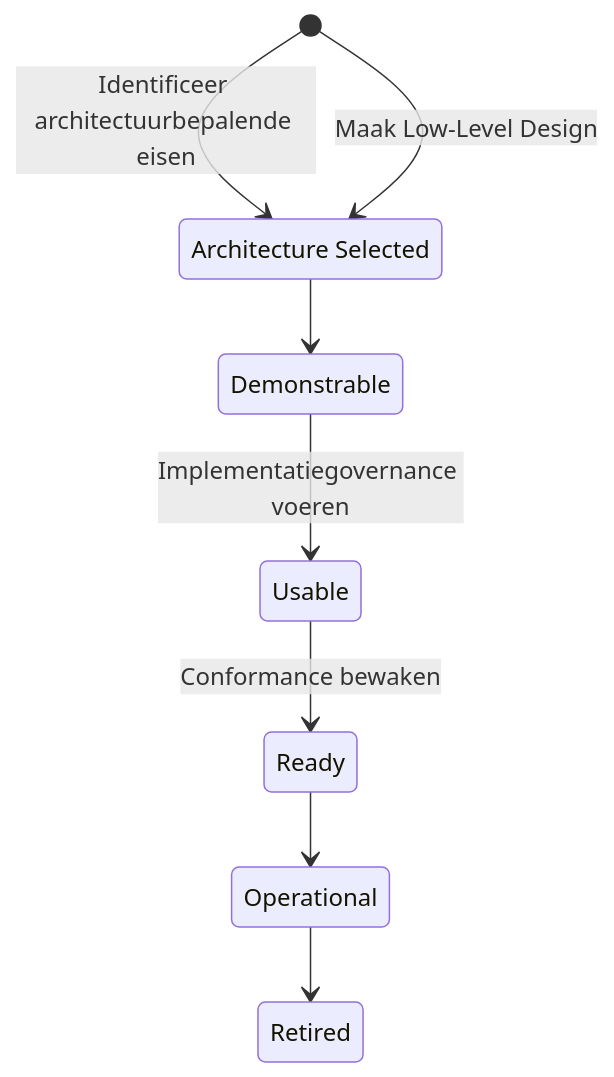
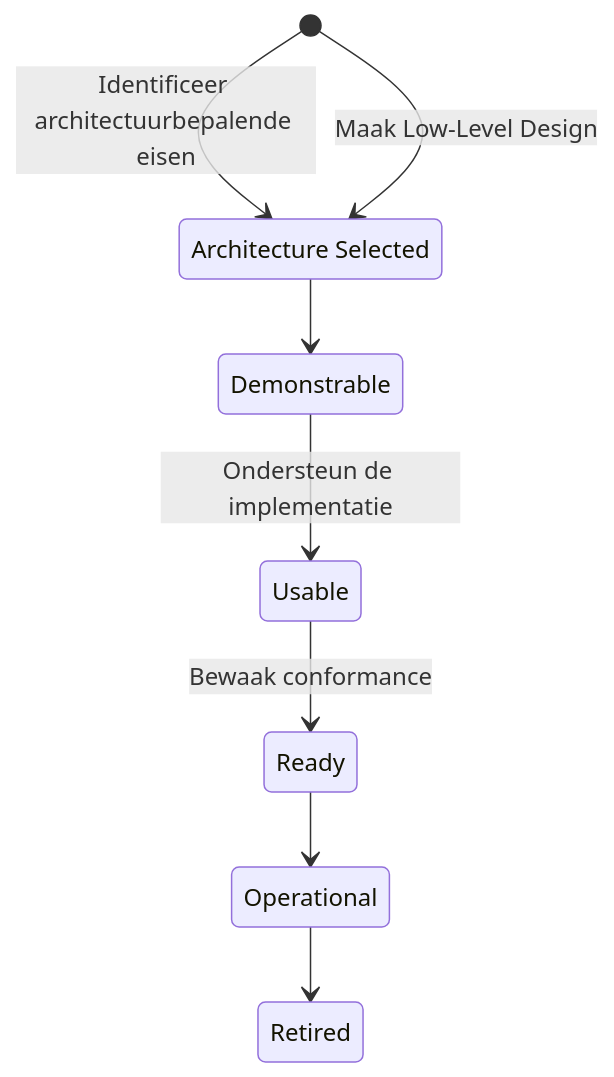
Before and after one commit to hietkamp/hietkamp.github.io: the diagram in essence/method/diagrams/system.mmd, drawn with Mermaid. The commit also changed 52 other files, not shown here.

```diff
--- a/essence/method/diagrams/system.mmd
+++ b/essence/method/diagrams/system.mmd
@@ -1,18 +1,18 @@
 %% State diagram: System (essence-kernel#System)
 %% Kernel-alpha; alleen de states die in deze werkwijze daadwerkelijk gebruikt worden
 %% zijn gekoppeld aan een activiteit.
 stateDiagram-v2
     ArchitectureSelected: Architecture Selected
     Demonstrable: Demonstrable
     Usable: Usable
     Ready: Ready
     Operational: Operational
     Retired: Retired
 
     [*] --> ArchitectureSelected : Identificeer architectuurbepalende eisen
     [*] --> ArchitectureSelected : Maak Low-Level Design
     ArchitectureSelected --> Demonstrable
-    Demonstrable --> Usable : Implementatiegovernance voeren
-    Usable --> Ready : Conformance bewaken
+    Demonstrable --> Usable : Ondersteun de implementatie
+    Usable --> Ready : Bewaak conformance
     Ready --> Operational
     Operational --> Retired
```
